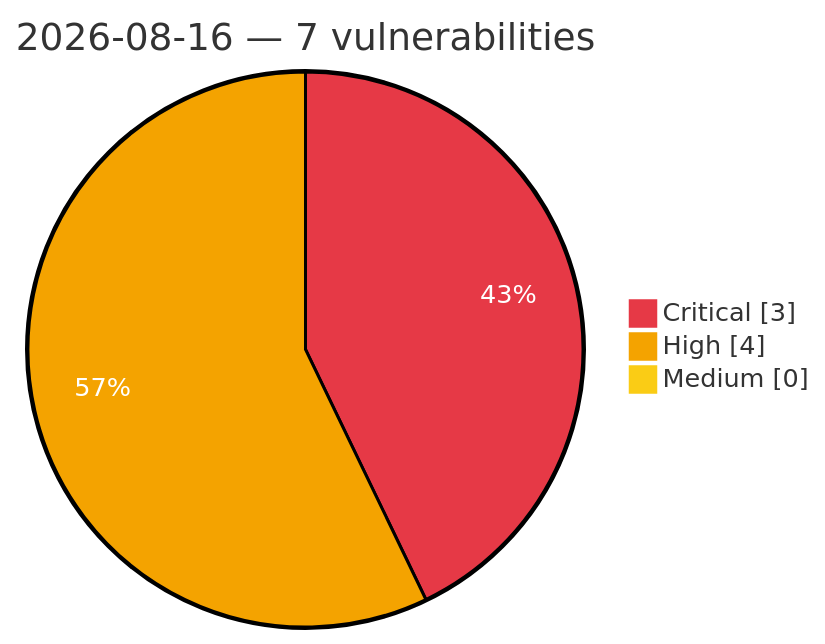
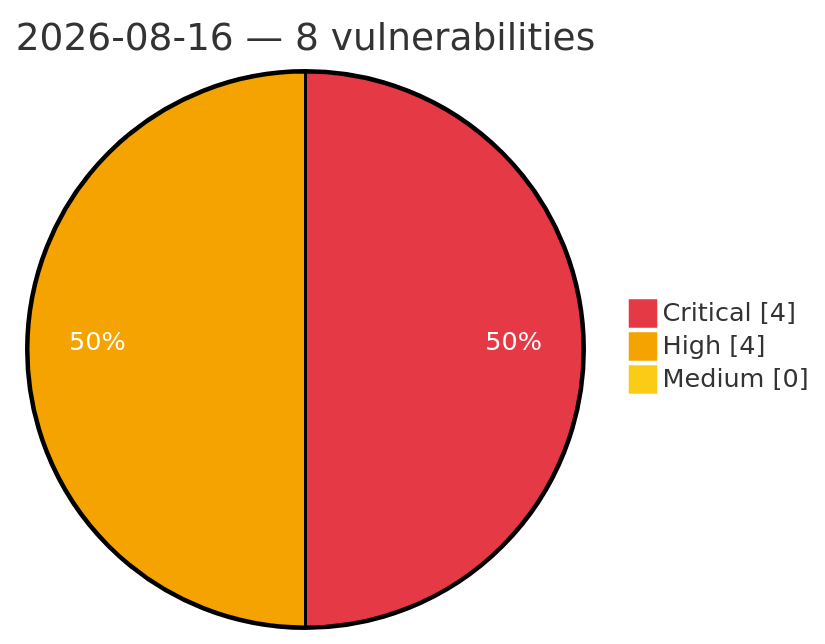
The diagram in vulnerabilities/2026/August/2026-08-16.md (GhostX0X/vuln-tracker), drawn with Mermaid before and after one commit. The commit also changed other lines of this file and 5 other files, not shown here.

````diff
--- a/vulnerabilities/2026/August/2026-08-16.md
+++ b/vulnerabilities/2026/August/2026-08-16.md
@@ -3,8 +3,8 @@
 ```mermaid
 %%{init: {'theme':'base', 'themeVariables': {'pie1':'#e63946', 'pie2':'#f4a300', 'pie3':'#facc15', 'pieOpacity':'1', 'pieOuterStrokeWidth':'2px', 'pieSectionTextColor':'#ffffff'}}}%%
 pie showData
-    title 2026-08-16 — 7 vulnerabilities
-    "Critical" : 3
+    title 2026-08-16 — 8 vulnerabilities
+    "Critical" : 4
     "High" : 4
     "Medium" : 0
 ```
````
